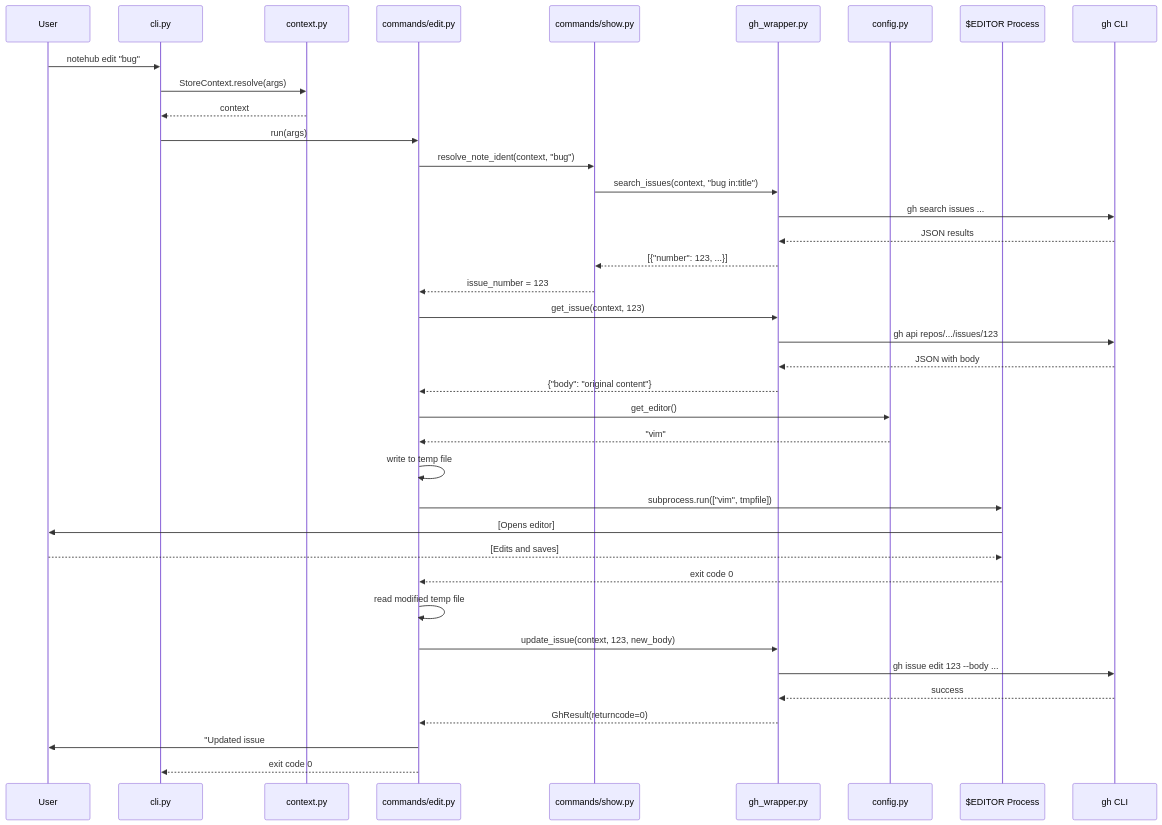
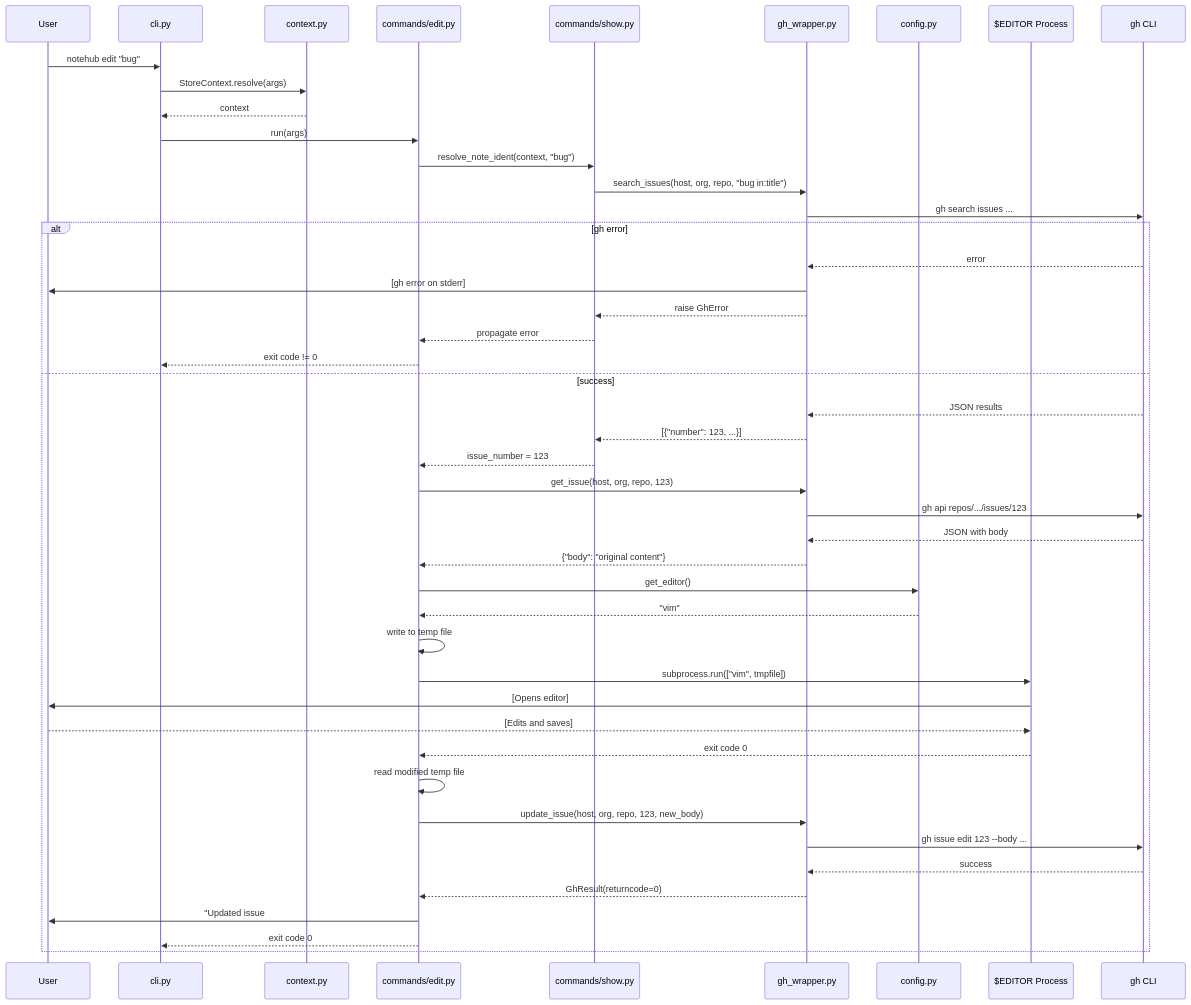
Before and after one commit to Stabledog/notehub: the fourth of 5 diagrams in spec/design.md, drawn with Mermaid. The commit also changed other lines of this file and 3 other files, not shown here.

````diff
--- a/spec/design.md
+++ b/spec/design.md
@@ -322,41 +329,50 @@
 ```mermaid
 sequenceDiagram
     participant User
     participant CLI as cli.py
     participant Ctx as context.py
     participant Edit as commands/edit.py
     participant Show as commands/show.py
     participant GH as gh_wrapper.py
     participant Cfg as config.py
     participant Editor as $EDITOR Process
     participant GH_CLI as gh CLI
     
     User->>CLI: notehub edit "bug"
     CLI->>Ctx: StoreContext.resolve(args)
     Ctx-->>CLI: context
     CLI->>Edit: run(args)
     Edit->>Show: resolve_note_ident(context, "bug")
-    Show->>GH: search_issues(context, "bug in:title")
+    Show->>GH: search_issues(host, org, repo, "bug in:title")
     GH->>GH_CLI: gh search issues ...
-    GH_CLI-->>GH: JSON results
-    GH-->>Show: [{"number": 123, ...}]
-    Show-->>Edit: issue_number = 123
-    Edit->>GH: get_issue(context, 123)
-    GH->>GH_CLI: gh api repos/.../issues/123
-    GH_CLI-->>GH: JSON with body
-    GH-->>Edit: {"body": "original content"}
-    Edit->>Cfg: get_editor()
-    Cfg-->>Edit: "vim"
-    Edit->>Edit: write to temp file
-    Edit->>Editor: subprocess.run(["vim", tmpfile])
-    Editor->>User: [Opens editor]
-    User-->>Editor: [Edits and saves]
-    Editor-->>Edit: exit code 0
-    Edit->>Edit: read modified temp file
-    Edit->>GH: update_issue(context, 123, new_body)
-    GH->>GH_CLI: gh issue edit 123 --body ...
-    GH_CLI-->>GH: success
-    GH-->>Edit: GhResult(returncode=0)
-    Edit->>User: "Updated issue #123"
-    Edit-->>CLI: exit code 0
+    
+    alt gh error
+        GH_CLI-->>GH: error
+        GH->>User: [gh error on stderr]
+        GH-->>Show: raise GhError
+        Show-->>Edit: propagate error
+        Edit-->>CLI: exit code != 0
+    else success
+        GH_CLI-->>GH: JSON results
+        GH-->>Show: [{"number": 123, ...}]
+        Show-->>Edit: issue_number = 123
+        Edit->>GH: get_issue(host, org, repo, 123)
+        GH->>GH_CLI: gh api repos/.../issues/123
+        GH_CLI-->>GH: JSON with body
+        GH-->>Edit: {"body": "original content"}
+        Edit->>Cfg: get_editor()
+        Cfg-->>Edit: "vim"
+        Edit->>Edit: write to temp file
+        Edit->>Editor: subprocess.run(["vim", tmpfile])
+        Editor->>User: [Opens editor]
+        User-->>Editor: [Edits and saves]
+        Editor-->>Edit: exit code 0
+        Edit->>Edit: read modified temp file
+        Edit->>GH: update_issue(host, org, repo, 123, new_body)
+        GH->>GH_CLI: gh issue edit 123 --body ...
+        GH_CLI-->>GH: success
+        GH-->>Edit: GhResult(returncode=0)
+        Edit->>User: "Updated issue #123"
+        Edit-->>CLI: exit code 0
+    end
 ```
````
